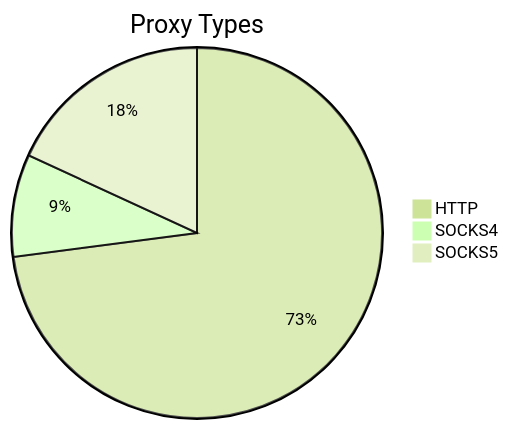
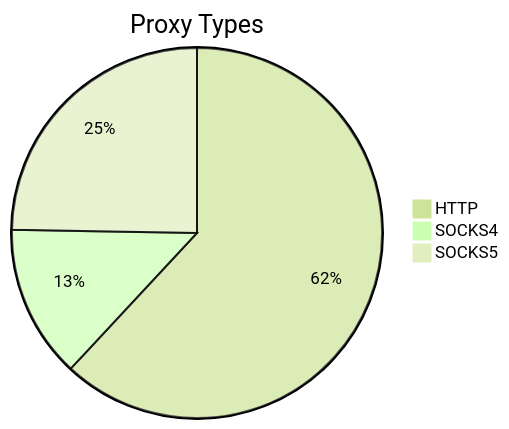
Before and after one commit to stormsia/proxy-list: the first of 2 diagrams in README.md, drawn with Mermaid (forest theme). The commit also changed other lines of this file, not shown here.

````diff
--- a/README.md
+++ b/README.md
@@ -21,6 +21,6 @@
 ```mermaid
 pie title Proxy Types
-    "HTTP" : 326
-    "SOCKS4" : 40
-    "SOCKS5" : 81
+    "HTTP" : 218
+    "SOCKS4" : 47
+    "SOCKS5" : 87
 ```
````
